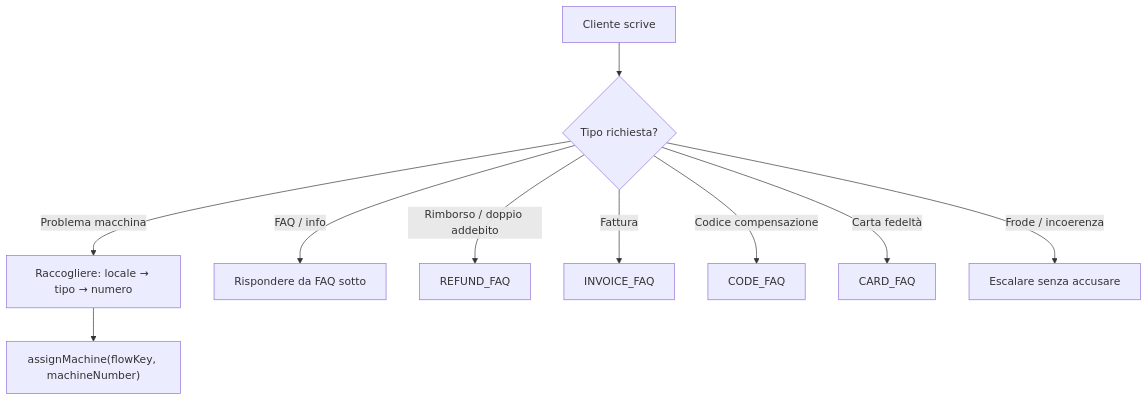
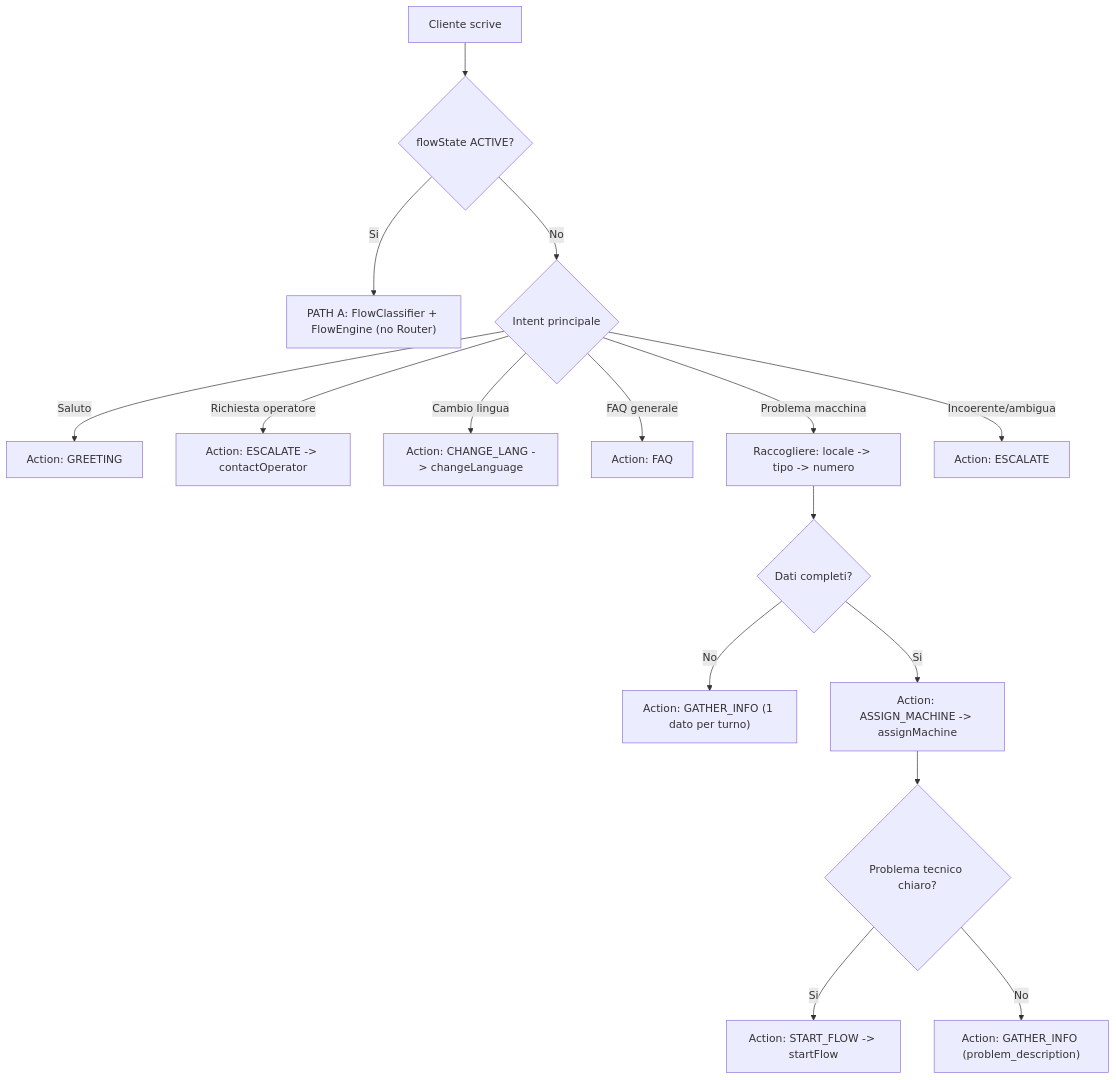
Before and after one commit to gelsogrove/shopMeNow: the diagram in docs/cliente-0/flows/flow1-router.md, drawn with Mermaid. The commit also changed other lines of this file and 3 other files, not shown here.

Commit message:
Refactor flow documentation for Ecolaundry: Update Router, Laundry, and Dryer flows with improved logic, decision matrices, and escalation rules. Enhance clarity and structure in flowcharts and operational guidelines.

````diff
--- a/docs/cliente-0/flows/flow1-router.md
+++ b/docs/cliente-0/flows/flow1-router.md
@@ -5,18 +70,23 @@
 ```mermaid
 flowchart TD
 
-START["Cliente scrive"] --> INTENT
+START["Cliente scrive"] --> ACTIVE{"flowState ACTIVE?"}
 
-INTENT{"Tipo richiesta?"}
+ACTIVE -->|Si| A_PATH["PATH A: FlowClassifier + FlowEngine (no Router)"]
+ACTIVE -->|No| INTENT{"Intent principale"}
 
+INTENT -->|Saluto| GREETING["Action: GREETING"]
+INTENT -->|Richiesta operatore| ESC1["Action: ESCALATE -> contactOperator"]
+INTENT -->|Cambio lingua| LANG["Action: CHANGE_LANG -> changeLanguage"]
+INTENT -->|FAQ generale| FAQ["Action: FAQ"]
 INTENT -->|Problema macchina| GATHER
-INTENT -->|FAQ / info| FAQ_HANDLE["Rispondere da FAQ sotto"]
-INTENT -->|Rimborso / doppio addebito| REFUND_FAQ
-INTENT -->|Fattura| INVOICE_FAQ
-INTENT -->|Codice compensazione| CODE_FAQ
-INTENT -->|Carta fedeltà| CARD_FAQ
-INTENT -->|Frode / incoerenza| FRAUD_ESCALATE["Escalare senza accusare"]
+INTENT -->|Incoerente/ambigua| ESC2["Action: ESCALATE"]
 
-GATHER["Raccogliere: locale → tipo → numero"]
-GATHER --> ASSIGN["assignMachine(flowKey, machineNumber)"]
+GATHER["Raccogliere: locale -> tipo -> numero"] --> COMPLETE{"Dati completi?"}
+COMPLETE -->|No| ASK_MISSING["Action: GATHER_INFO (1 dato per turno)"]
+COMPLETE -->|Si| ASSIGN["Action: ASSIGN_MACHINE -> assignMachine"]
+
+ASSIGN --> ISSUE{"Problema tecnico chiaro?"}
+ISSUE -->|Si| STARTF["Action: START_FLOW -> startFlow"]
+ISSUE -->|No| ASK_PROBLEM["Action: GATHER_INFO (problem_description)"]
 ```
````
